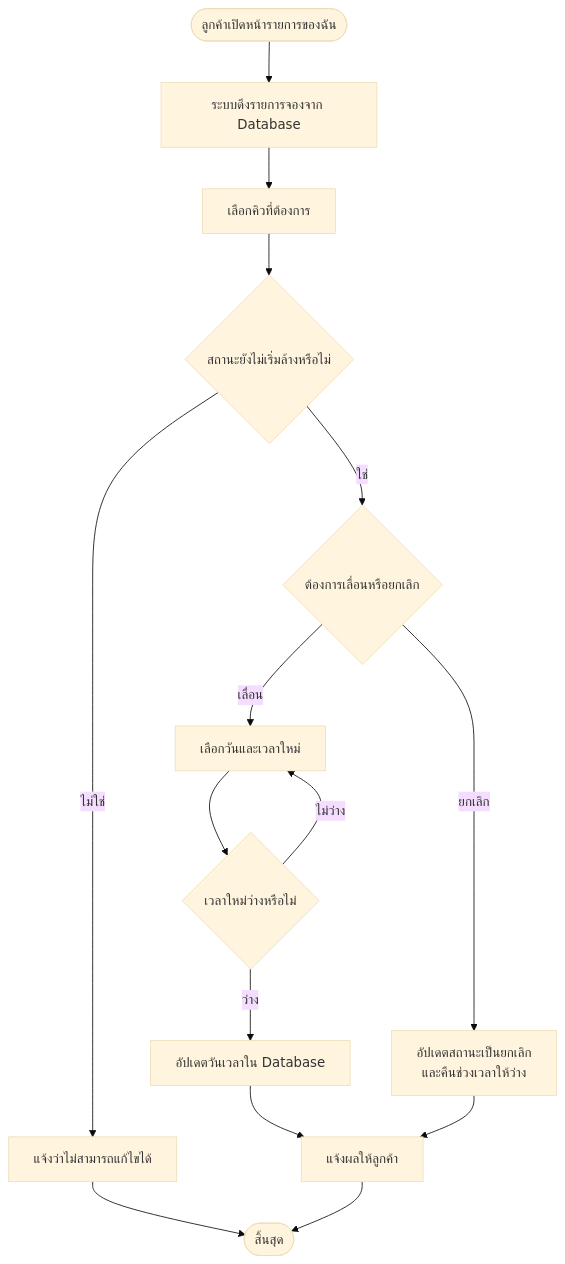
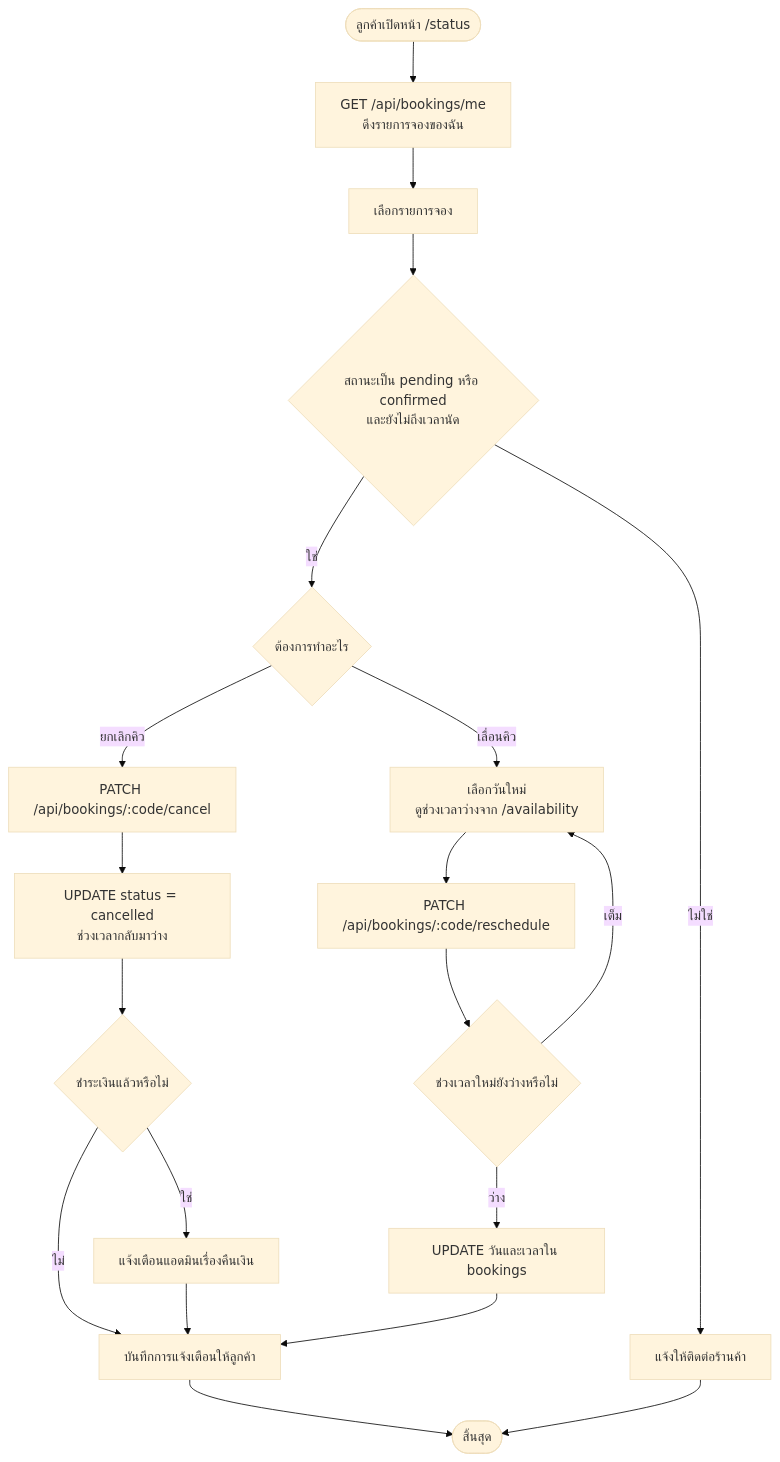
One commit to Patipan26/Group22-CarWash-Queue changed diagram 11 of 11 in README.md. Above: the diagram before and after it, drawn with Mermaid (base theme). The commit also changed other lines of this file, not shown here.

````diff
--- a/README.md
+++ b/README.md
@@ -929,17 +981,24 @@
 ```mermaid
 flowchart TD
-    A(["ลูกค้าเปิดหน้ารายการของฉัน"]) --> B["ระบบดึงรายการจองจาก Database"]
-    B --> C["เลือกคิวที่ต้องการ"]
-    C --> D{"สถานะยังไม่เริ่มล้างหรือไม่"}
-    D -->|"ไม่ใช่"| E["แจ้งว่าไม่สามารถแก้ไขได้"]
-    D -->|"ใช่"| F{"ต้องการเลื่อนหรือยกเลิก"}
-    F -->|"เลื่อน"| G["เลือกวันและเวลาใหม่"]
-    G --> H{"เวลาใหม่ว่างหรือไม่"}
-    H -->|"ไม่ว่าง"| G
-    H -->|"ว่าง"| I["อัปเดตวันเวลาใน Database"]
-    F -->|"ยกเลิก"| J["อัปเดตสถานะเป็นยกเลิก<br/>และคืนช่วงเวลาให้ว่าง"]
-    I --> K["แจ้งผลให้ลูกค้า"]
-    J --> K
-    E --> Z(["สิ้นสุด"])
-    K --> Z
+    A(["ลูกค้าเปิดหน้า /status"]) --> B["GET /api/bookings/me<br/>ดึงรายการจองของฉัน"]
+    B --> C["เลือกรายการจอง"]
+    C --> D{"สถานะเป็น pending หรือ confirmed<br/>และยังไม่ถึงเวลานัด"}
+    D -->|"ไม่ใช่"| E["แจ้งให้ติดต่อร้านค้า"]
+    D -->|"ใช่"| F{"ต้องการทำอะไร"}
+
+    F -->|"เลื่อนคิว"| G["เลือกวันใหม่<br/>ดูช่วงเวลาว่างจาก /availability"]
+    G --> H["PATCH /api/bookings/:code/reschedule"]
+    H --> I{"ช่วงเวลาใหม่ยังว่างหรือไม่"}
+    I -->|"เต็ม"| G
+    I -->|"ว่าง"| J["UPDATE วันและเวลาใน bookings"]
+
+    F -->|"ยกเลิกคิว"| K["PATCH /api/bookings/:code/cancel"]
+    K --> L["UPDATE status = cancelled<br/>ช่วงเวลากลับมาว่าง"]
+    L --> M{"ชำระเงินแล้วหรือไม่"}
+    M -->|"ใช่"| N["แจ้งเตือนแอดมินเรื่องคืนเงิน"]
+    M -->|"ไม่"| O["บันทึกการแจ้งเตือนให้ลูกค้า"]
+    N --> O
+    J --> O
+    O --> Z(["สิ้นสุด"])
+    E --> Z
 ```
````
